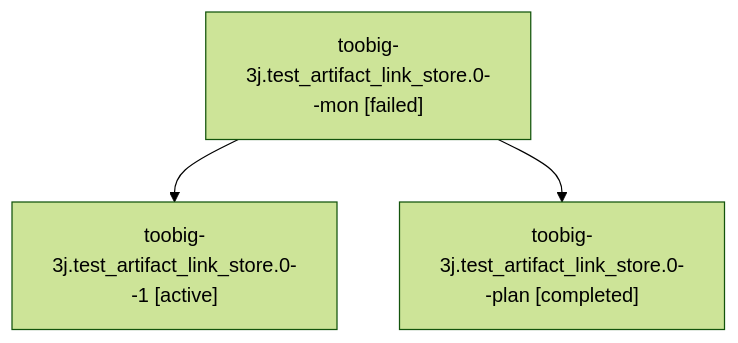
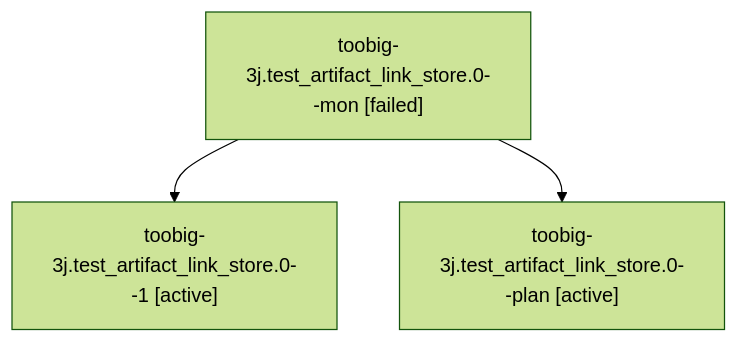
The diagram in families/bbugyi200.athena.toobig-3j.test_artifact_link_store.0.md (sase-org/sase--agents), drawn with Mermaid (forest theme) before and after one commit. The commit also changed other lines of this file and 35830 other files, not shown here.

````diff
--- a/families/bbugyi200.athena.toobig-3j.test_artifact_link_store.0.md
+++ b/families/bbugyi200.athena.toobig-3j.test_artifact_link_store.0.md
@@ -9,8 +9,8 @@
 ```mermaid
 flowchart TD
   n0["toobig-3j.test_artifact_link_store.0--mon [failed]"]
   n1["toobig-3j.test_artifact_link_store.0--1 [active]"]
   n0 --> n1
-  n2["toobig-3j.test_artifact_link_store.0--plan [completed]"]
+  n2["toobig-3j.test_artifact_link_store.0--plan [active]"]
   n0 --> n2
 ```
````
